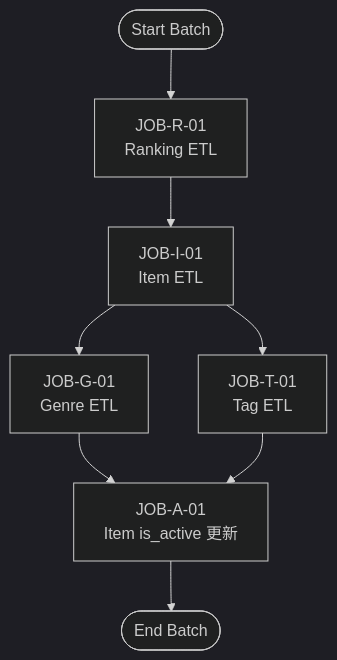
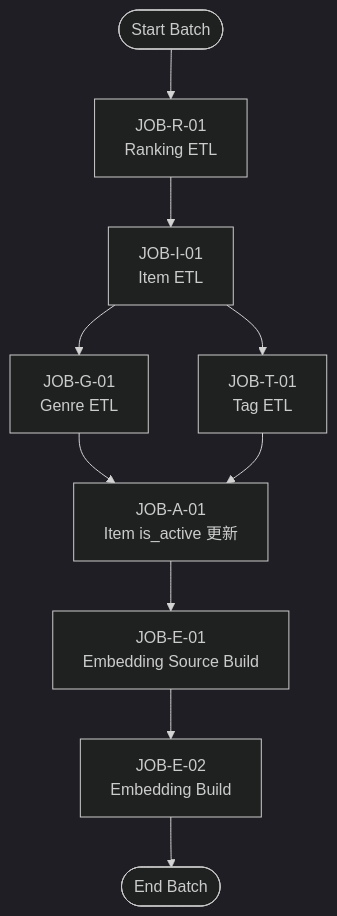
The diagram in apps/batch/etl/specs/common/バッチジョブ一覧＋ジョブネット仕様書.md (ryo-chan-k6/GiftRecommendAPP_MVP_CYCLE_2), drawn with Mermaid (dark theme) before and after one commit. The commit also changed other lines of this file and 13 other files, not shown here.

````diff
--- a/apps/batch/etl/specs/common/バッチジョブ一覧＋ジョブネット仕様書.md
+++ b/apps/batch/etl/specs/common/バッチジョブ一覧＋ジョブネット仕様書.md
@@ -84,16 +100,19 @@
 ```mermaid
 flowchart TD
     START([Start Batch])
 
     START --> RANKING[JOB-R-01<br/>Ranking ETL]
 
     RANKING --> ITEM[JOB-I-01<br/>Item ETL]
 
     ITEM --> GENRE[JOB-G-01<br/>Genre ETL]
     ITEM --> TAG[JOB-T-01<br/>Tag ETL]
 
     GENRE --> ACTIVE[JOB-A-01<br/>Item is_active 更新]
     TAG --> ACTIVE
 
-    ACTIVE --> END([End Batch])
+    ACTIVE --> ESRC[JOB-E-01<br/>Embedding Source Build]
+    ESRC --> EBUILD[JOB-E-02<br/>Embedding Build]
+
+    EBUILD --> END([End Batch])
 ```
````
